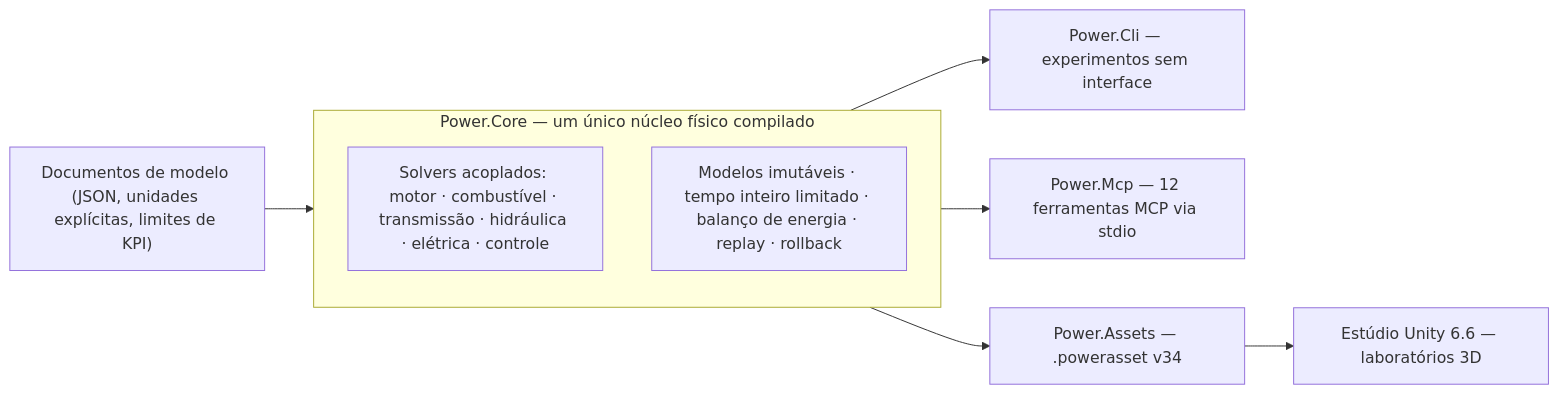
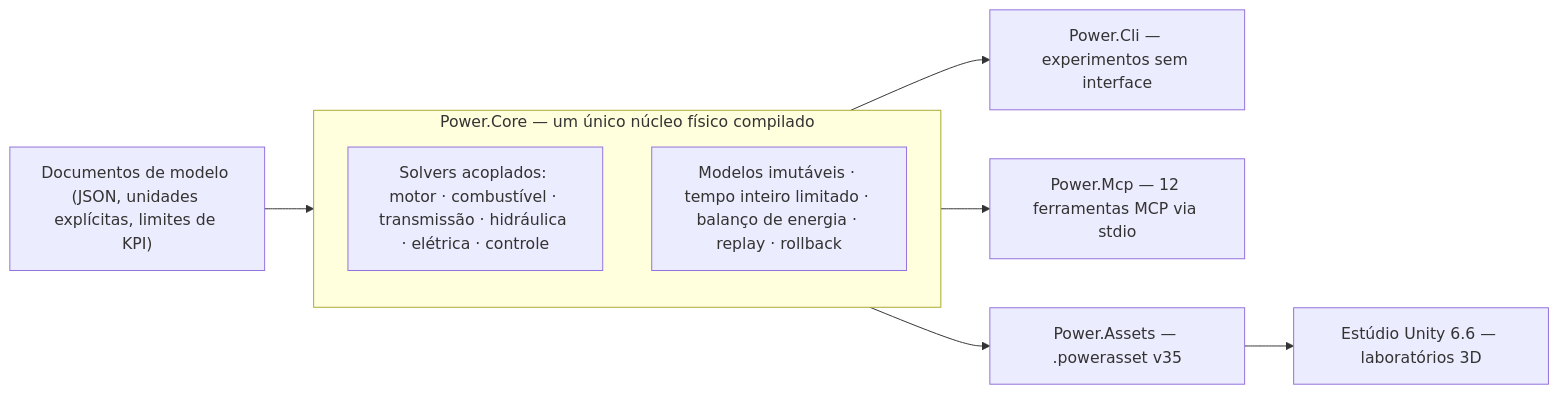
Before and after one commit to Water-Run/Power: the diagram in README.pt-BR.md, drawn with Mermaid. The commit also changed other lines of this file and 230 other files, not shown here.

````diff
--- a/README.pt-BR.md
+++ b/README.pt-BR.md
@@ -13,18 +13,18 @@
 ```mermaid
 flowchart LR
     model["Documentos de modelo (JSON, unidades explícitas, limites de KPI)"]
     subgraph core["Power.Core — um único núcleo físico compilado"]
         solvers["Solvers acoplados: motor · combustível · transmissão · hidráulica · elétrica · controle"]
         invariants["Modelos imutáveis · tempo inteiro limitado · balanço de energia · replay · rollback"]
     end
     cli["Power.Cli — experimentos sem interface"]
     mcp["Power.Mcp — 12 ferramentas MCP via stdio"]
-    assets["Power.Assets — .powerasset v34"]
+    assets["Power.Assets — .powerasset v35"]
     unity["Estúdio Unity 6.6 — laboratórios 3D"]
 
     model --> core
     core --> cli
     core --> mcp
     core --> assets
     assets --> unity
 ```
````
